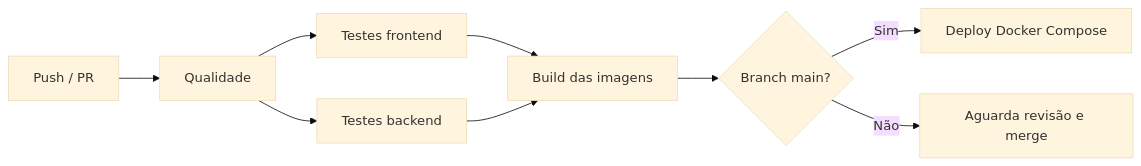
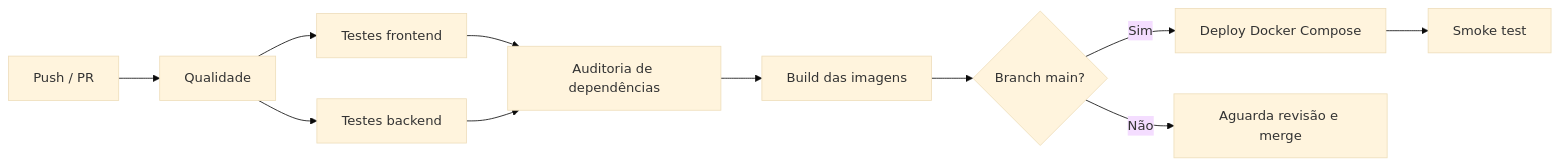
One commit to C14-Inatel-2026-2/Sistema-de-Gestao-Despesas changed the third of 3 diagrams in README.md. Above: the diagram before and after it, drawn with Mermaid (base theme). The commit also changed other lines of this file and 5 other files, not shown here.

Commit message:
ci: adiciona jobs de smoke test e auditoria de dependências

````diff
--- a/README.md
+++ b/README.md
@@ -241,11 +243,13 @@
 ```mermaid
 flowchart LR
     A[Push / PR] --> B[Qualidade]
     B --> C[Testes frontend]
     B --> D[Testes backend]
-    C --> E[Build das imagens]
-    D --> E
+    C --> X[Auditoria de dependências]
+    D --> X
+    X --> E[Build das imagens]
     E --> F{Branch main?}
     F -->|Sim| G[Deploy Docker Compose]
     F -->|Não| H[Aguarda revisão e merge]
+    G --> I[Smoke test]
 ```
````
